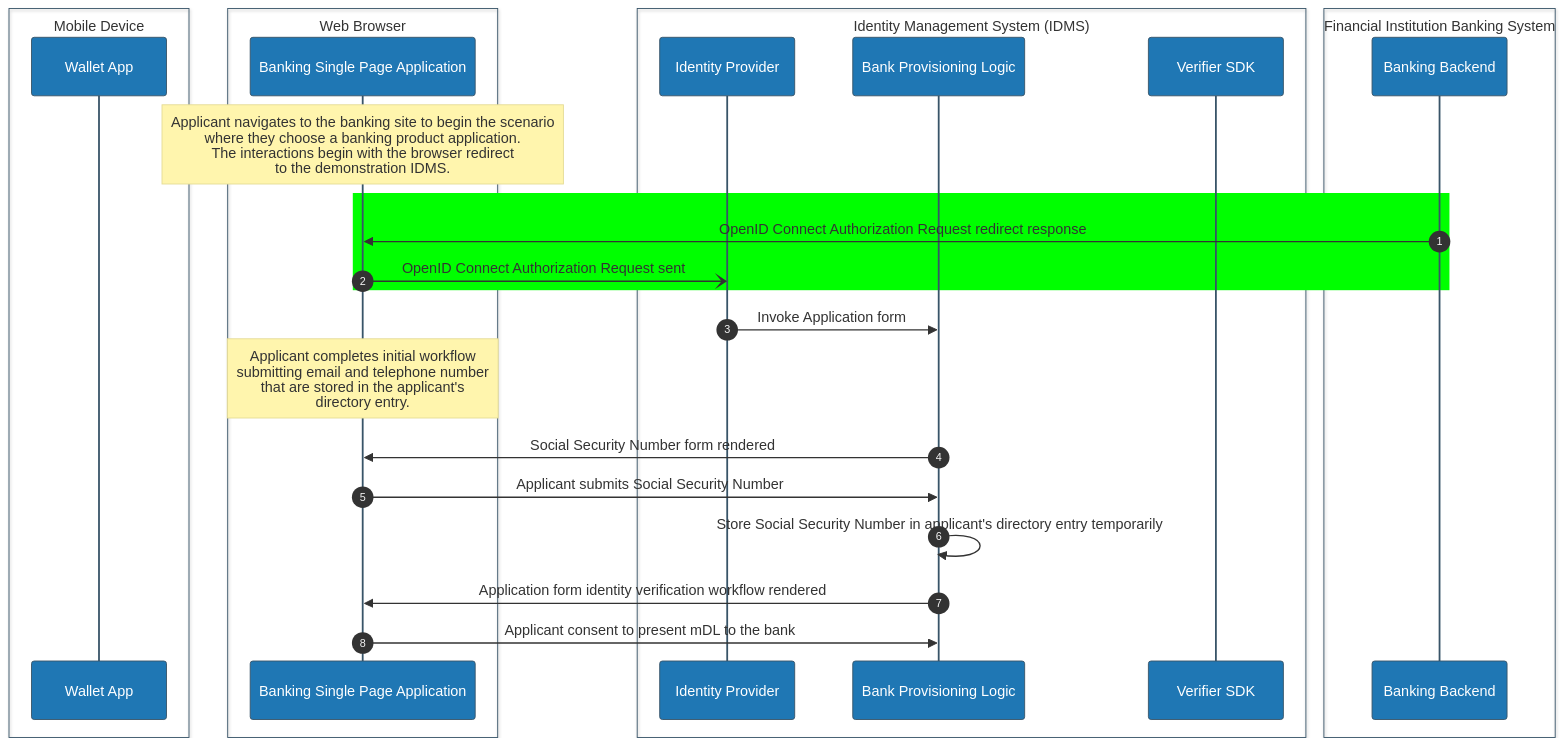
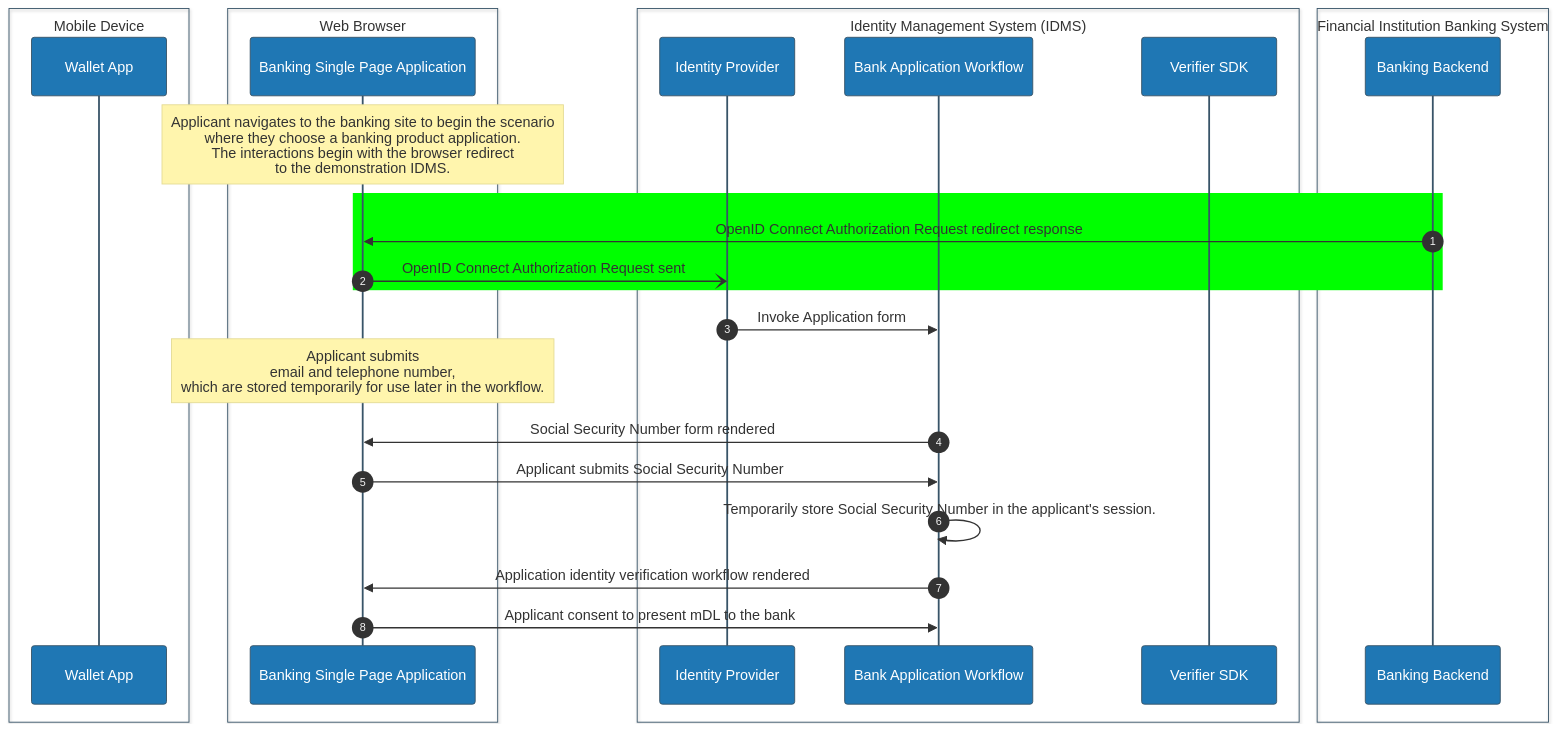
One commit to usnistgov/nccoe-mdl-project-static-website changed the diagram in source/media/cross-device-application-flow-part-1.mmd. Above: the diagram before and after it, drawn with Mermaid. The commit also changed 127 other files, not shown here.

```diff
--- a/source/media/cross-device-application-flow-part-1.mmd
+++ b/source/media/cross-device-application-flow-part-1.mmd
@@ -1,61 +1,61 @@
 %%{init: {"theme": "base", "themeVariables": {"primaryColor": "#1f77b4", "edgeLabelBackground":"#ffffff", "actorTextColor": "#ffffff", "actorBackground": "#2ca02c", "fontSize":"30px"}}}%%
 sequenceDiagram
     autonumber
     %%box Issuing Authority
     %% participant sor as System of Record
     %%participant iaendpoints as mDL Issuing Endpoints
     %%end
 
     box Mobile Device 
     participant wallet as Wallet App
     end
     box Web Browser
     %% participant browser as Digital Credentials API
     participant webapp as Banking Single Page Application
     end
     box Identity Management System (IDMS)
     participant idp as Identity Provider
-    participant bpl as Bank Provisioning Logic
+    participant bpl as Bank Application Workflow
     participant sdk as Verifier SDK
     end
     box Financial Institution Banking System
     participant backend as Banking Backend
     %% participant cbs as Core Banking Services
     %% participant database as Data Storage
     %% participant bankapi as IDMS Provisioning API
     %% participant ssn as SSN Validation Service
     end
     %%box Verifier
     %% participant adminendpoints as Tenant Administration Endpoints
     %% participant verifier as Verifier Endpoints
     %% end
     %%box Trust Service
     %% participant dts as Digital Trust Service
     %%end
 
 
 
     %%note over wallet,verifier: ... ↑ ...
     note over webapp: Applicant navigates to the banking site to begin the scenario <br />where they choose a banking product application.<br /> The interactions begin with the browser redirect <br /> to the demonstration IDMS.
     %%note over wallet,verifier: ... ↓ ...
 
 
 
     rect rgb(0,255,0)
     backend->>webapp: OpenID Connect Authorization Request redirect response
     webapp-)idp: OpenID Connect Authorization Request sent
     end
 
     idp->>bpl: Invoke Application form
 
     %%note over wallet,verifier: ... ↑ ...
-    note over webapp: Applicant completes initial workflow <br /> submitting email and telephone number <br />that are stored in the applicant's <br /> directory entry.
+    note over webapp: Applicant submits <br />  email and telephone number, <br /> which are stored temporarily for use later in the workflow.
     %%note over wallet,verifier: ... ↓ ...
 
 
     bpl->>webapp: Social Security Number form rendered
     webapp->>bpl: Applicant submits Social Security Number
-    bpl->>bpl: Store Social Security Number in applicant's directory entry temporarily
+    bpl->>bpl: Temporarily store Social Security Number in the applicant's session.
 
-    bpl->>webapp: Application form identity verification workflow rendered
+    bpl->>webapp: Application identity verification workflow rendered
     webapp->>bpl: Applicant consent to present mDL to the bank
```
